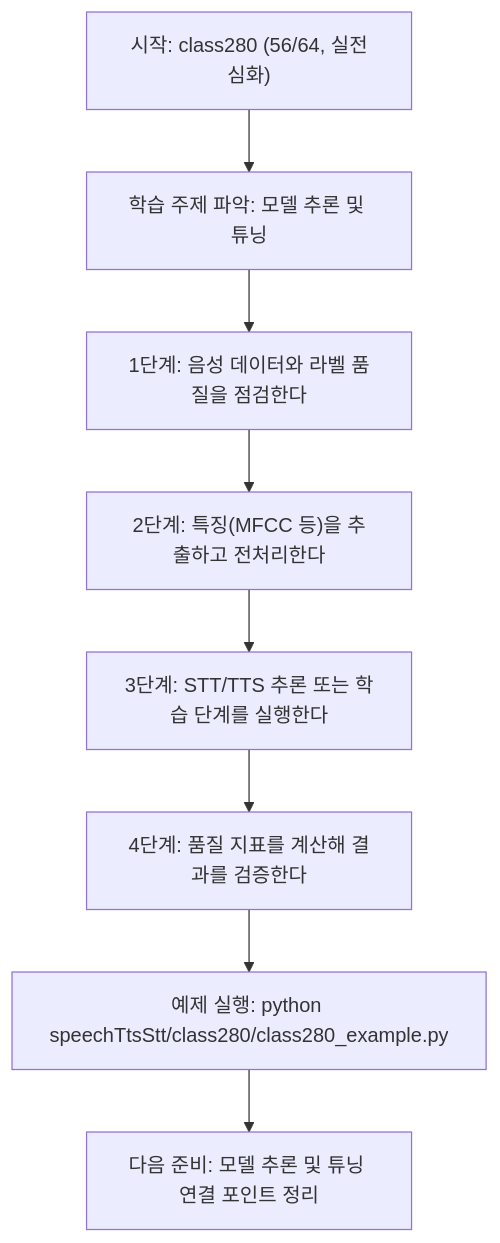
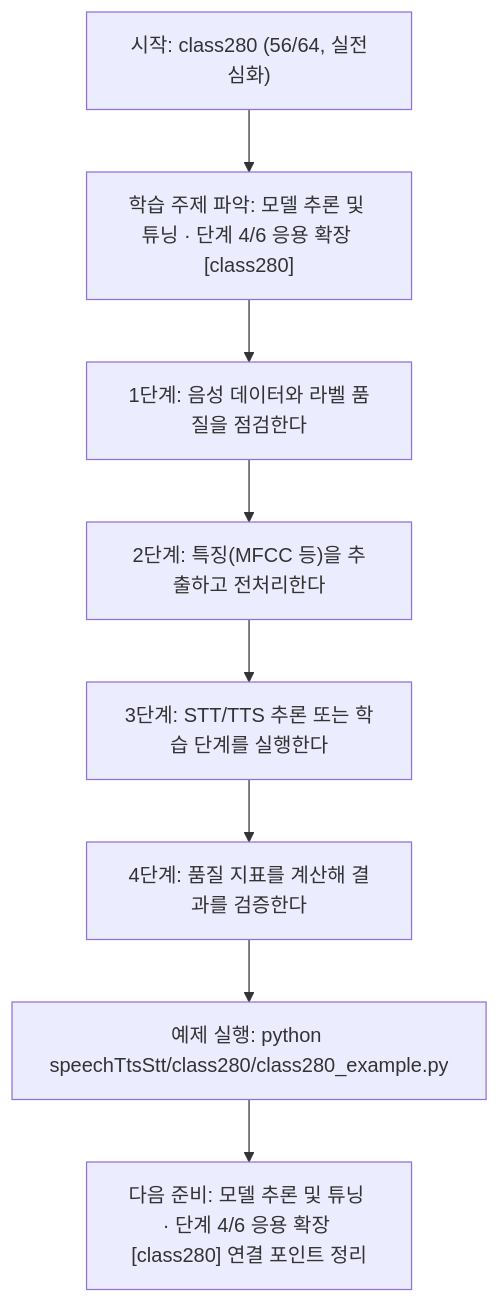
The diagram in speechTtsStt/class280/class280.md (edumgt/Python-AI_Agent-Class), drawn with Mermaid before and after one commit. The commit also changed other lines of this file and 522 other files, not shown here.

````diff
--- a/speechTtsStt/class280/class280.md
+++ b/speechTtsStt/class280/class280.md
@@ -113,18 +114,18 @@
 ```mermaid
 flowchart TD
 N1["시작: class280 (56/64, 실전심화)"]
-N2["학습 주제 파악: 모델 추론 및 튜닝"]
+N2["학습 주제 파악: 모델 추론 및 튜닝 · 단계 4/6 응용 확장 [class280]"]
 N3["1단계: 음성 데이터와 라벨 품질을 점검한다"]
 N4["2단계: 특징(MFCC 등)을 추출하고 전처리한다"]
 N5["3단계: STT/TTS 추론 또는 학습 단계를 실행한다"]
 N6["4단계: 품질 지표를 계산해 결과를 검증한다"]
 N7["예제 실행: python speechTtsStt/class280/class280_example.py"]
-N8["다음 준비: 모델 추론 및 튜닝 연결 포인트 정리"]
+N8["다음 준비: 모델 추론 및 튜닝 · 단계 4/6 응용 확장 [class280] 연결 포인트 정리"]
 N1 --> N2
 N2 --> N3
 N3 --> N4
 N4 --> N5
 N5 --> N6
 N6 --> N7
 N7 --> N8
 ```
````
